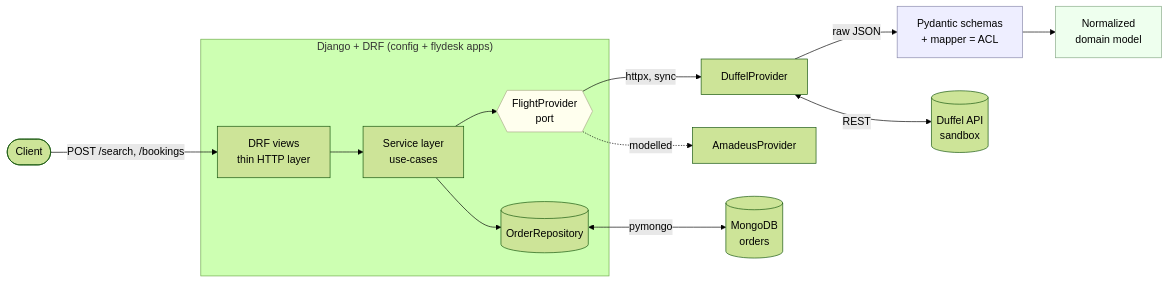
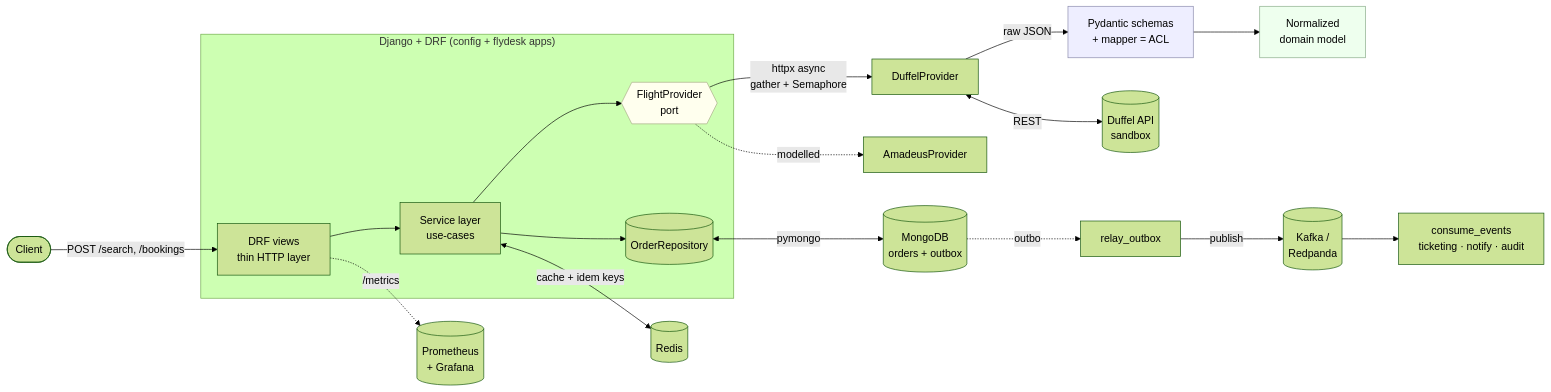
One commit to Kuber-code/FlyDesk changed the diagram in README.md. Above: the diagram before and after it, drawn with Mermaid (forest theme). The commit also changed other lines of this file and 1 other file, not shown here.

First line of the commit message:
docs: sync README + DEPLOYMENT with Phases 2-4 shipped

````diff
--- a/README.md
+++ b/README.md
@@ -30,22 +31,27 @@
 ```mermaid
 flowchart LR
     client([Client]) -->|"POST /search, /bookings"| api
 
     subgraph django["Django + DRF (config + flydesk apps)"]
         api[DRF views<br/>thin HTTP layer] --> svc[Service layer<br/>use-cases]
         svc --> port{{FlightProvider<br/>port}}
         svc --> repo[(OrderRepository)]
     end
 
-    port -->|httpx, sync| duffel[DuffelProvider]
+    port -->|"httpx async<br/>gather + Semaphore"| duffel[DuffelProvider]
     port -.modelled.-> amadeus[AmadeusProvider]
     duffel -->|raw JSON| acl[Pydantic schemas<br/>+ mapper = ACL]
     acl --> domain[Normalized<br/>domain model]
 
+    svc <-->|cache + idem keys| redis[(Redis)]
     duffel <-->|REST| duffelapi[(Duffel API<br/>sandbox)]
-    repo <-->|pymongo| mongo[(MongoDB<br/>orders)]
+    repo <-->|pymongo| mongo[(MongoDB<br/>orders + outbox)]
+
+    mongo -.outbox.-> relay[relay_outbox] -->|publish| kafka[(Kafka /<br/>Redpanda)]
+    kafka --> consumers[consume_events<br/>ticketing · notify · audit]
+    api -.->|/metrics| prom[(Prometheus<br/>+ Grafana)]
 
     style acl fill:#eef,stroke:#88a
     style domain fill:#efe,stroke:#8a8
     style port fill:#ffe,stroke:#aa8
 ```
````
